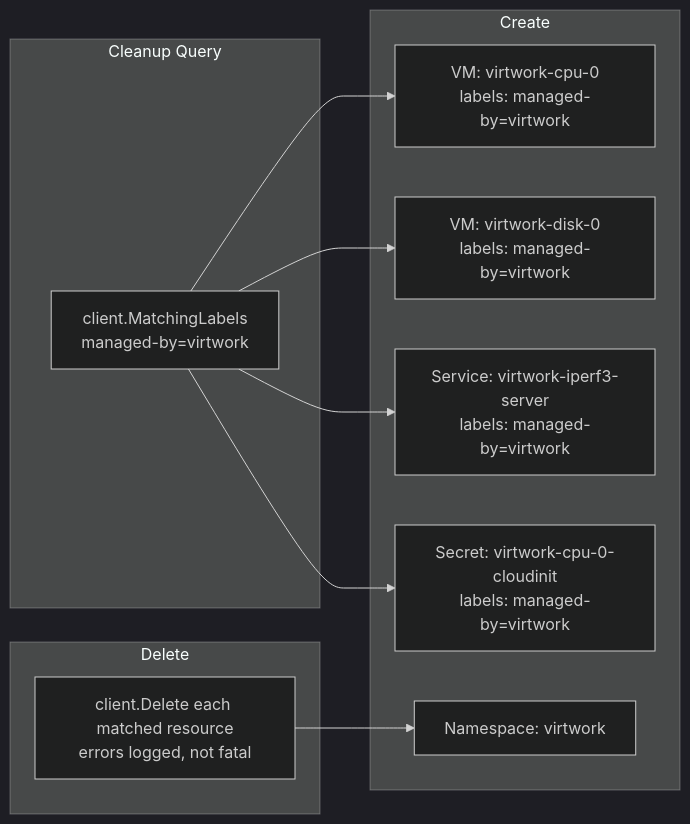
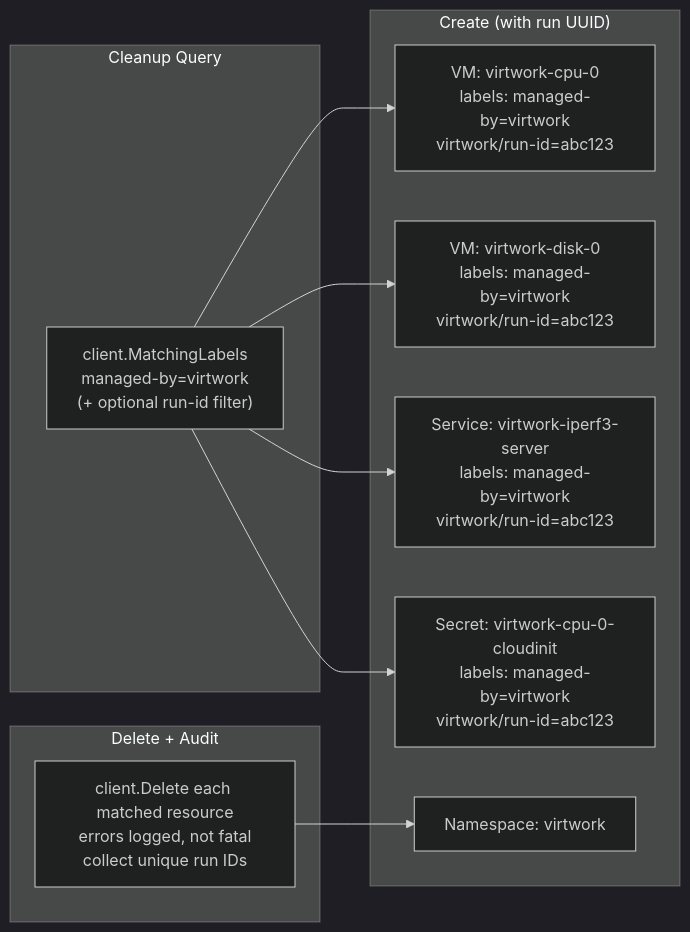
The seventh of 9 diagrams in docs/architecture.md (redhat-openshift-partner-labs/virtwork), drawn with Mermaid (dark theme) before and after one commit. The commit also changed other lines of this file and 2 other files, not shown here.

First line of the commit message:
docs: update architecture, development, and implementation plan with audit system

````diff
--- a/docs/architecture.md
+++ b/docs/architecture.md
@@ -297,24 +315,24 @@
 ```mermaid
 flowchart LR
-    subgraph "Create"
-        VM1["VM: virtwork-cpu-0\nlabels: managed-by=virtwork"]
-        VM2["VM: virtwork-disk-0\nlabels: managed-by=virtwork"]
-        SVC["Service: virtwork-iperf3-server\nlabels: managed-by=virtwork"]
-        SEC["Secret: virtwork-cpu-0-cloudinit\nlabels: managed-by=virtwork"]
+    subgraph "Create (with run UUID)"
+        VM1["VM: virtwork-cpu-0\nlabels: managed-by=virtwork\nvirtwork/run-id=abc123"]
+        VM2["VM: virtwork-disk-0\nlabels: managed-by=virtwork\nvirtwork/run-id=abc123"]
+        SVC["Service: virtwork-iperf3-server\nlabels: managed-by=virtwork\nvirtwork/run-id=abc123"]
+        SEC["Secret: virtwork-cpu-0-cloudinit\nlabels: managed-by=virtwork\nvirtwork/run-id=abc123"]
         NS["Namespace: virtwork"]
     end
 
     subgraph "Cleanup Query"
-        SEL["client.MatchingLabels\nmanaged-by=virtwork"]
+        SEL["client.MatchingLabels\nmanaged-by=virtwork\n(+ optional run-id filter)"]
     end
 
-    subgraph "Delete"
-        DEL["client.Delete each matched resource\nerrors logged, not fatal"]
+    subgraph "Delete + Audit"
+        DEL["client.Delete each matched resource\nerrors logged, not fatal\ncollect unique run IDs"]
     end
 
     SEL --> VM1
     SEL --> VM2
     SEL --> SVC
     SEL --> SEC
     DEL --> NS
 ```
````
